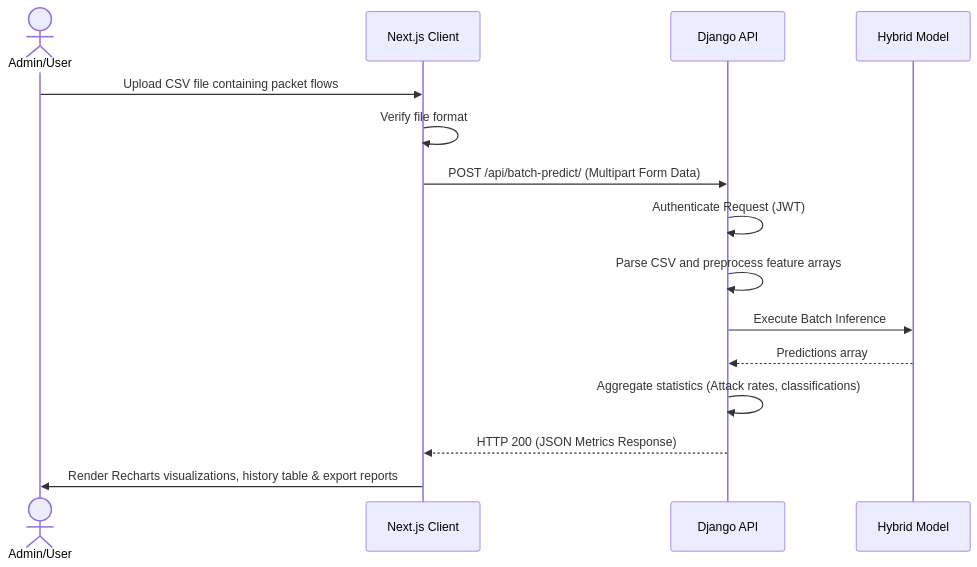
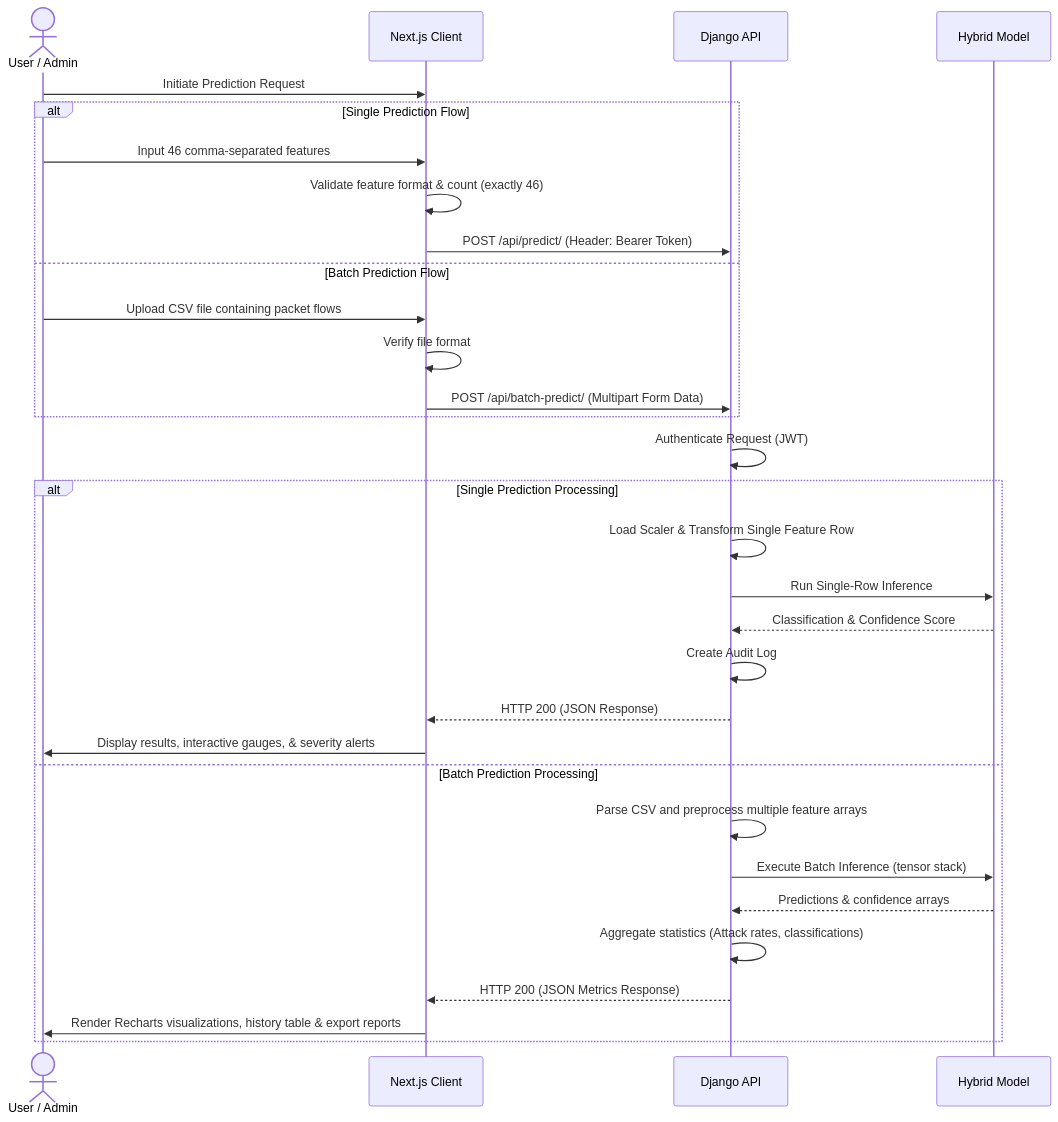
Before and after one commit to likithsurya23/Intrusion-X: the second of 2 diagrams in Readme.md, drawn with Mermaid. The commit also changed other lines of this file, not shown here.

Commit message:
Update Readme title and API endpoint documentation

````diff
--- a/Readme.md
+++ b/Readme.md
@@ -316,18 +262,37 @@
 ```mermaid
 sequenceDiagram
-    actor Admin/User
+    actor User as User / Admin
     participant FE as Next.js Client
     participant BE as Django API
     participant PyTorch as Hybrid Model
     
-    Admin/User->>FE: Upload CSV file containing packet flows
-    FE->>FE: Verify file format
-    FE->>BE: POST /api/batch-predict/ (Multipart Form Data)
+    User->>FE: Initiate Prediction Request
+    
+    alt Single Prediction Flow
+        User->>FE: Input 46 comma-separated features
+        FE->>FE: Validate feature format & count (exactly 46)
+        FE->>BE: POST /api/predict/ (Header: Bearer Token)
+    else Batch Prediction Flow
+        User->>FE: Upload CSV file containing packet flows
+        FE->>FE: Verify file format
+        FE->>BE: POST /api/batch-predict/ (Multipart Form Data)
+    end
+    
     BE->>BE: Authenticate Request (JWT)
-    BE->>BE: Parse CSV and preprocess feature arrays
-    BE->>PyTorch: Execute Batch Inference
-    PyTorch-->>BE: Predictions array
-    BE->>BE: Aggregate statistics (Attack rates, classifications)
-    BE-->>FE: HTTP 200 (JSON Metrics Response)
-    FE->>Admin/User: Render Recharts visualizations, history table & export reports
+    
+    alt Single Prediction Processing
+        BE->>BE: Load Scaler & Transform Single Feature Row
+        BE->>PyTorch: Run Single-Row Inference
+        PyTorch-->>BE: Classification & Confidence Score
+        BE->>BE: Create Audit Log
+        BE-->>FE: HTTP 200 (JSON Response)
+        FE->>User: Display results, interactive gauges, & severity alerts
+    else Batch Prediction Processing
+        BE->>BE: Parse CSV and preprocess multiple feature arrays
+        BE->>PyTorch: Execute Batch Inference (tensor stack)
+        PyTorch-->>BE: Predictions & confidence arrays
+        BE->>BE: Aggregate statistics (Attack rates, classifications)
+        BE-->>FE: HTTP 200 (JSON Metrics Response)
+        FE->>User: Render Recharts visualizations, history table & export reports
+    end
 ```
````
